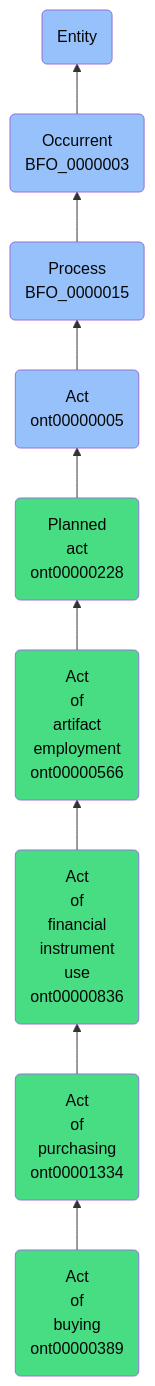
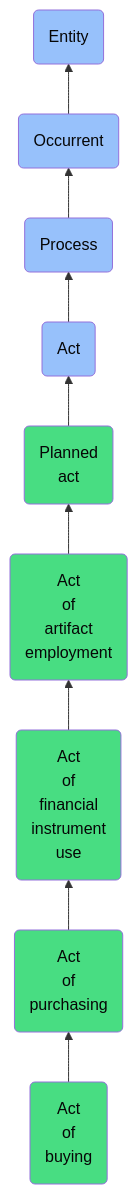
The diagram in docs/ontology/reference/model/Entity/Occurrent/Process/Act/Planned act/Act of artifact employment/Act of financial instrument use/Act of purchasing/Act of buying/Act of buying.md (jupyter-naas/abi), drawn with Mermaid before and after one commit. The commit also changed other lines of this file and 1430 other files, not shown here.

````diff
--- a/docs/ontology/reference/model/Entity/Occurrent/Process/Act/Planned act/Act of artifact employment/Act of financial instrument use/Act of purchasing/Act of buying/Act of buying.md
+++ b/docs/ontology/reference/model/Entity/Occurrent/Process/Act/Planned act/Act of artifact employment/Act of financial instrument use/Act of purchasing/Act of buying/Act of buying.md
@@ -24,16 +24,16 @@
 ```mermaid
 graph BT
-    ont00000389(Act<br>of<br>buying<br>ont00000389):::ABI-->ont00001334
-    ont00001334(Act<br>of<br>purchasing<br>ont00001334):::ABI-->ont00000836
-    ont00000836(Act<br>of<br>financial<br>instrument<br>use<br>ont00000836):::ABI-->ont00000566
-    ont00000566(Act<br>of<br>artifact<br>employment<br>ont00000566):::ABI-->ont00000228
-    ont00000228(Planned<br>act<br>ont00000228):::ABI-->ont00000005
-    ont00000005(Act<br>ont00000005):::BFO-->BFO_0000015
-    BFO_0000015(Process<br>BFO_0000015):::BFO-->BFO_0000003
-    BFO_0000003(Occurrent<br>BFO_0000003):::BFO-->BFO_0000001
+    ont00000389(Act<br>of<br>buying):::ABI-->ont00001334
+    ont00001334(Act<br>of<br>purchasing):::ABI-->ont00000836
+    ont00000836(Act<br>of<br>financial<br>instrument<br>use):::ABI-->ont00000566
+    ont00000566(Act<br>of<br>artifact<br>employment):::ABI-->ont00000228
+    ont00000228(Planned<br>act):::ABI-->ont00000005
+    ont00000005(Act):::BFO-->BFO_0000015
+    BFO_0000015(Process):::BFO-->BFO_0000003
+    BFO_0000003(Occurrent):::BFO-->BFO_0000001
     BFO_0000001(Entity):::BFO
     
     classDef BFO fill:#97c1fb,color:#060606
     classDef CCO fill:#e4c51e,color:#060606
     classDef ABI fill:#48DD82,color:#060606
 ```
````
